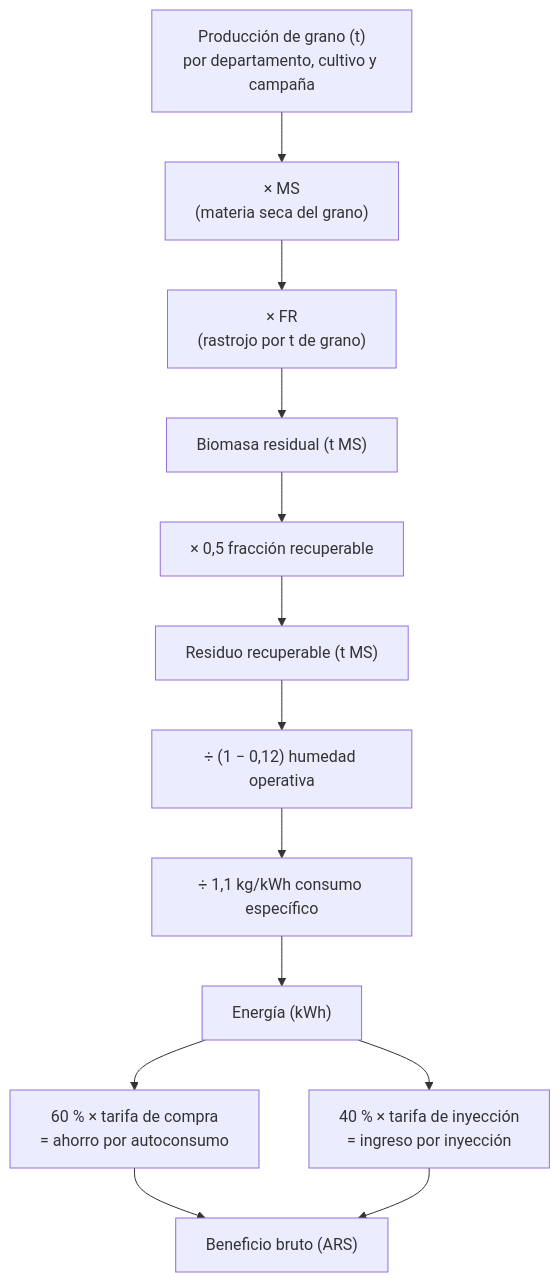
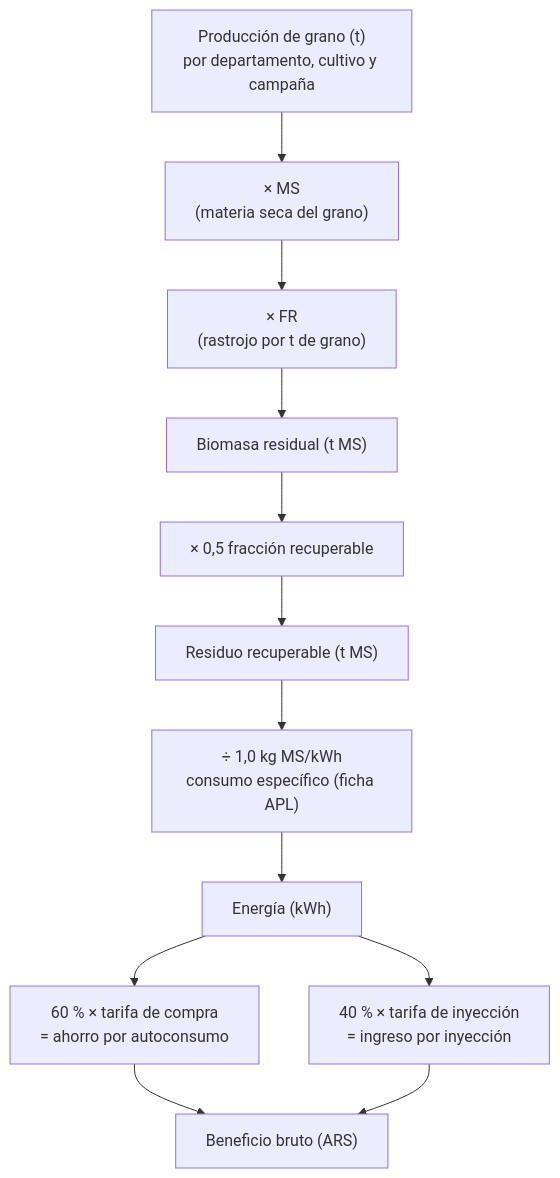
The diagram in docs/02_metodologia/metodologia.md (marcoeferro/SYNGAS-OPTIMIA-HV), drawn with Mermaid before and after one commit. The commit also changed other lines of this file and 8 other files, not shown here.

````diff
--- a/docs/02_metodologia/metodologia.md
+++ b/docs/02_metodologia/metodologia.md
@@ -9,15 +9,14 @@
 ```mermaid
 flowchart TD
     P["Producción de grano (t)<br/>por departamento, cultivo y campaña"] --> MS["× MS<br/>(materia seca del grano)"]
     MS --> FR["× FR<br/>(rastrojo por t de grano)"]
     FR --> B["Biomasa residual (t MS)"]
     B --> R["× 0,5 fracción recuperable"]
     R --> RR["Residuo recuperable (t MS)"]
-    RR --> H["÷ (1 − 0,12) humedad operativa"]
-    H --> E["÷ 1,1 kg/kWh consumo específico"]
+    RR --> E["÷ 1,0 kg MS/kWh<br/>consumo específico (ficha APL)"]
     E --> K["Energía (kWh)"]
     K --> A["60 % × tarifa de compra<br/>= ahorro por autoconsumo"]
     K --> I["40 % × tarifa de inyección<br/>= ingreso por inyección"]
     A --> D["Beneficio bruto (ARS)"]
     I --> D
 ```
````
